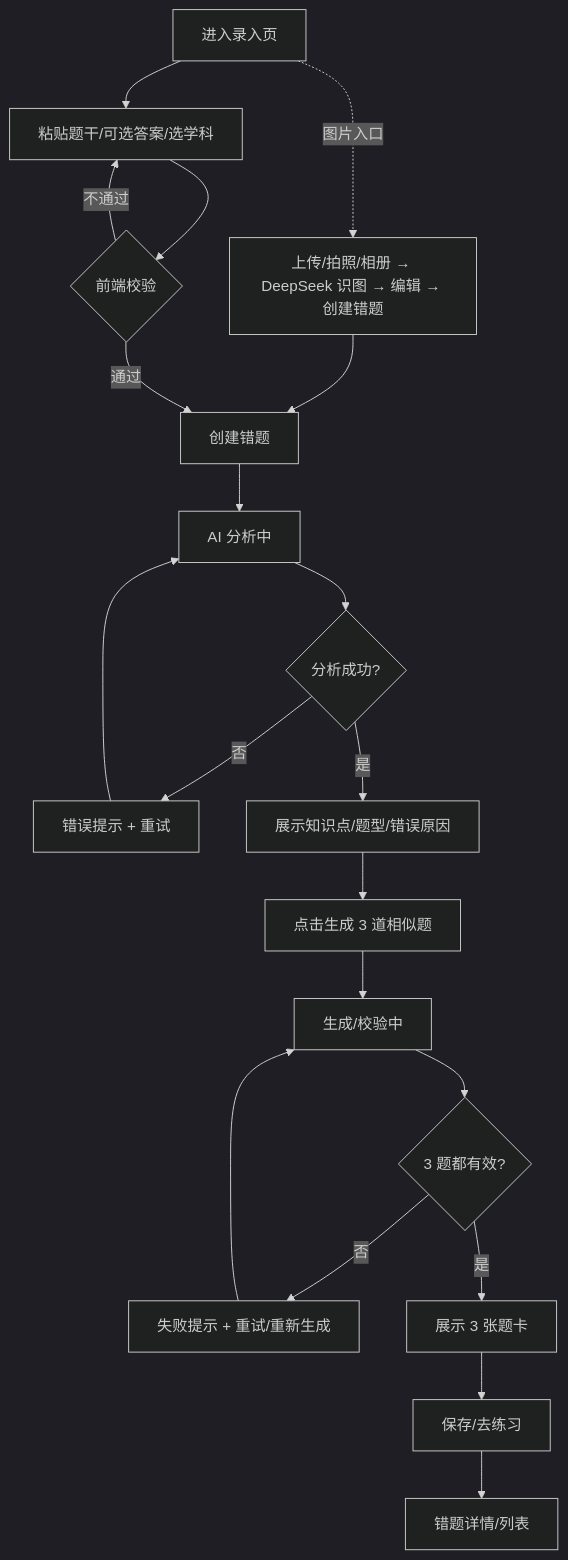
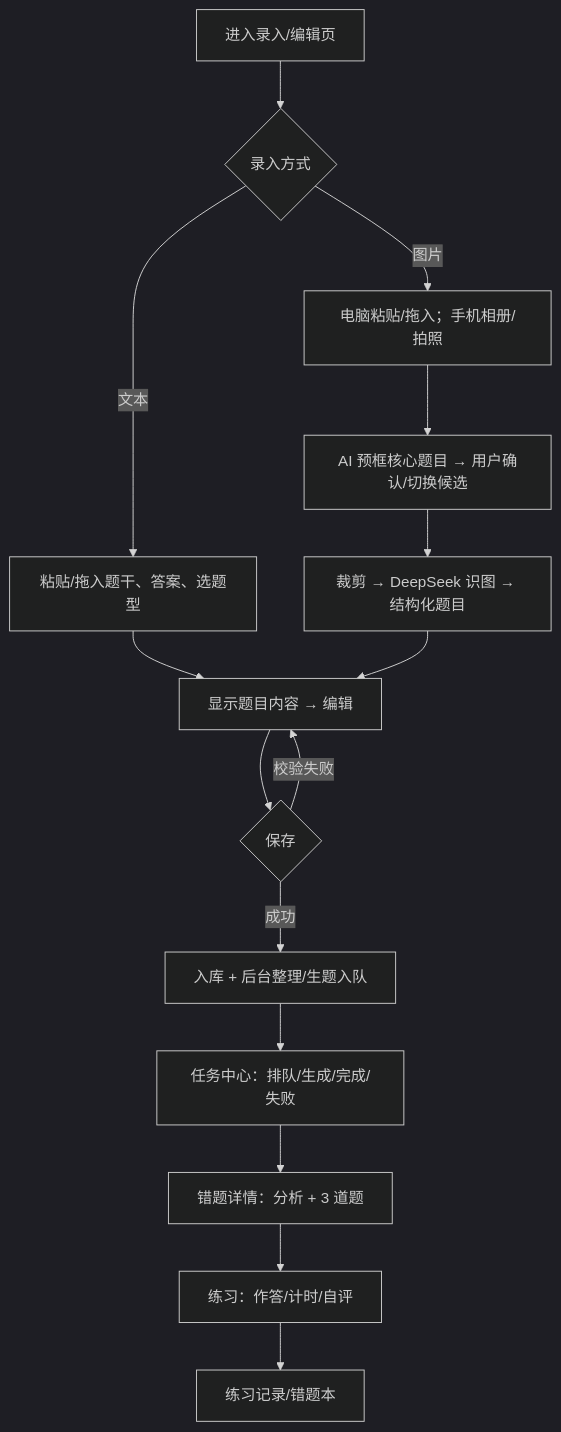
One commit to plmt3742/Bababoi-Learning-Machine changed the second of 4 diagrams in docs/product/02-ia-and-flows.md. Above: the diagram before and after it, drawn with Mermaid (dark theme). The commit also changed other lines of this file and 29 other files, not shown here.

````diff
--- a/docs/product/02-ia-and-flows.md
+++ b/docs/product/02-ia-and-flows.md
@@ -60,22 +64,17 @@
 ```mermaid
 flowchart TD
-  A[进入录入页] --> B[粘贴题干/可选答案/选学科]
-  B --> C{前端校验}
-  A -.图片入口.-> IMG[上传/拍照/相册 → DeepSeek 识图 → 编辑 → 创建错题]
-  IMG --> D
-  C -- 不通过 --> B
-  C -- 通过 --> D[创建错题]
-  D --> E[AI 分析中]
-  E --> F{分析成功?}
-  F -- 否 --> G[错误提示 + 重试]
-  G --> E
-  F -- 是 --> H[展示知识点/题型/错误原因]
-  H --> I[点击生成 3 道相似题]
-  I --> J[生成/校验中]
-  J --> K{3 题都有效?}
-  K -- 否 --> L[失败提示 + 重试/重新生成]
-  L --> J
-  K -- 是 --> M[展示 3 张题卡]
-  M --> N[保存/去练习]
-  N --> O[错题详情/列表]
+  A[进入录入/编辑页] --> B{录入方式}
+  B -- 文本 --> C[粘贴/拖入题干、答案、选题型]
+  B -- 图片 --> IMG[电脑粘贴/拖入；手机相册/拍照]
+  IMG --> FRAME[AI 预框核心题目 → 用户确认/切换候选]
+  FRAME --> OCR[裁剪 → DeepSeek 识图 → 结构化题目]
+  C --> EDIT[显示题目内容 → 编辑]
+  OCR --> EDIT
+  EDIT --> SAVE{保存}
+  SAVE -- 校验失败 --> EDIT
+  SAVE -- 成功 --> QUEUE[入库 + 后台整理/生题入队]
+  QUEUE --> TASK[任务中心：排队/生成/完成/失败]
+  TASK --> DETAIL[错题详情：分析 + 3 道题]
+  DETAIL --> PRACTICE[练习：作答/计时/自评]
+  PRACTICE --> RECORD[练习记录/错题本]
 ```
````
